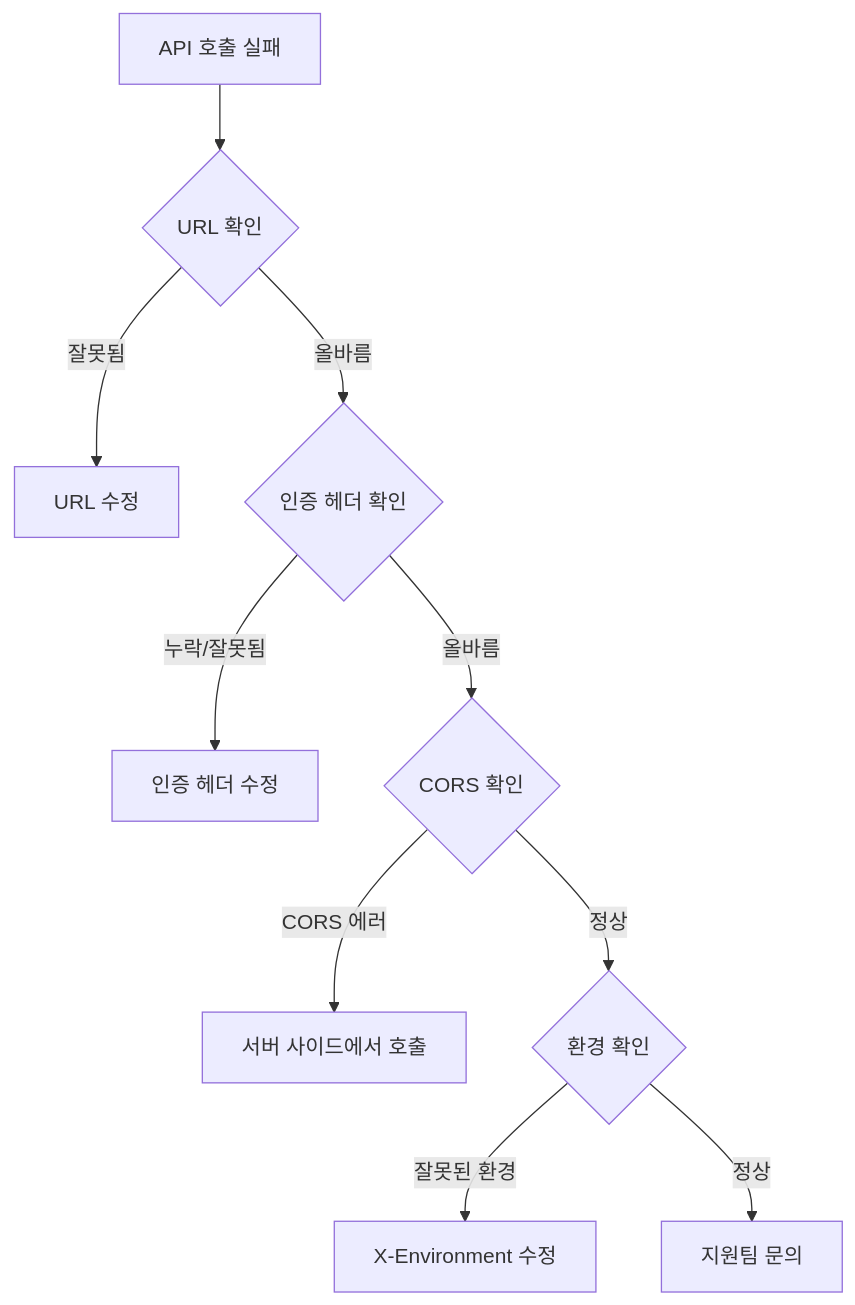
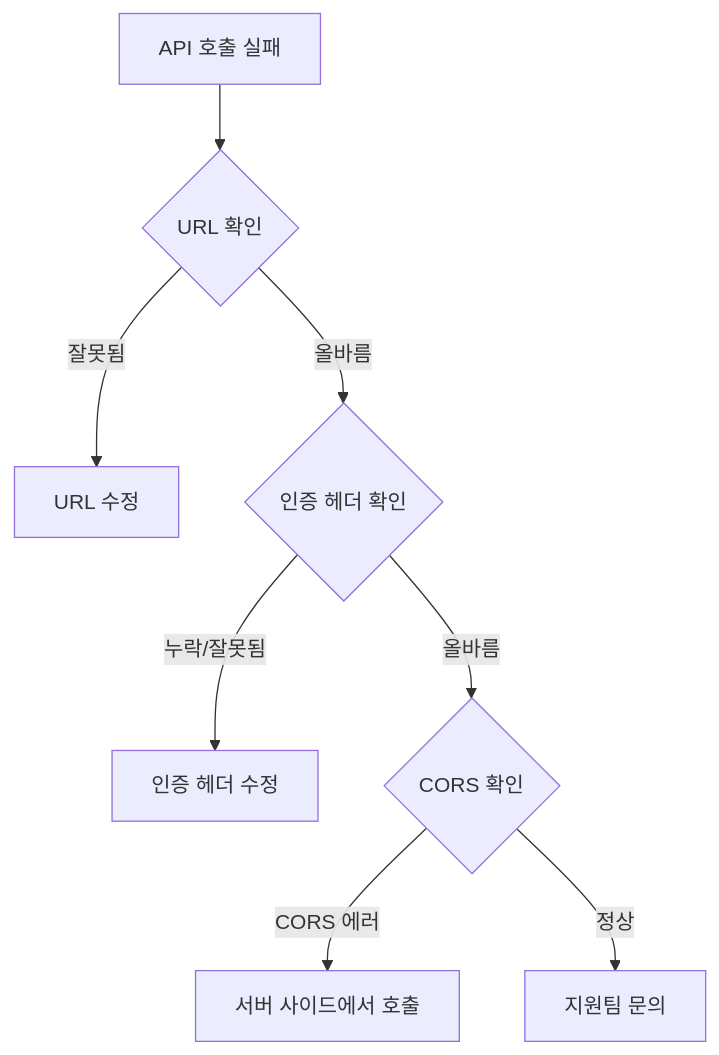
The diagram in ko/troubleshooting/02-connection-issues.md (popup-studio-ai/bkend-docs), drawn with Mermaid before and after one commit. The commit also changed other lines of this file and 365 other files, not shown here.

````diff
--- a/ko/troubleshooting/02-connection-issues.md
+++ b/ko/troubleshooting/02-connection-issues.md
@@ -11,12 +11,10 @@
 ```mermaid
 flowchart TD
     A[API 호출 실패] --> B{URL 확인}
     B -->|잘못됨| C[URL 수정]
     B -->|올바름| D{인증 헤더 확인}
     D -->|누락/잘못됨| E[인증 헤더 수정]
     D -->|올바름| F{CORS 확인}
     F -->|CORS 에러| G[서버 사이드에서 호출]
-    F -->|정상| H{환경 확인}
-    H -->|잘못된 환경| I[X-Environment 수정]
-    H -->|정상| J[지원팀 문의]
+    F -->|정상| H[지원팀 문의]
 ```
````
